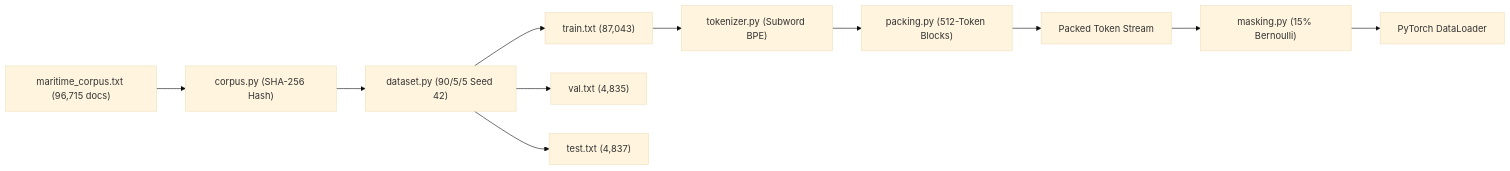
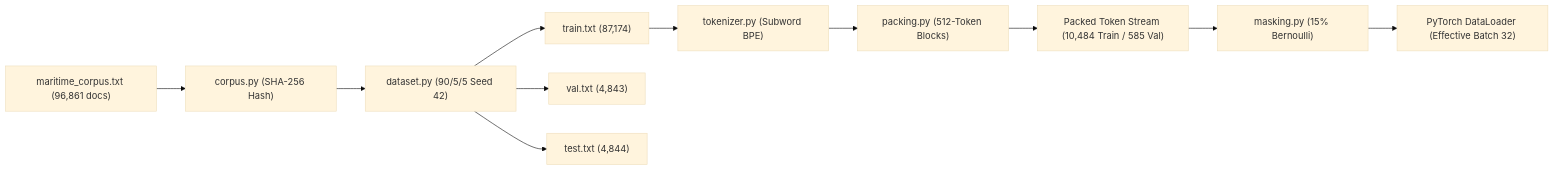
The diagram in diagrams/data_flow.md (AbhishekYadav2207/TSBC-DAPT-ModenBERT), drawn with Mermaid (base theme) before and after one commit. The commit also changed 75 other files, not shown here.

````diff
--- a/diagrams/data_flow.md
+++ b/diagrams/data_flow.md
@@ -3,14 +3,14 @@
 ```mermaid
 flowchart LR
-    RawCorpus["maritime_corpus.txt (96,715 docs)"] --> Ingestion["corpus.py (SHA-256 Hash)"]
+    RawCorpus["maritime_corpus.txt (96,861 docs)"] --> Ingestion["corpus.py (SHA-256 Hash)"]
     Ingestion --> Split["dataset.py (90/5/5 Seed 42)"]
-    Split --> TrainSet["train.txt (87,043)"]
-    Split --> ValSet["val.txt (4,835)"]
-    Split --> TestSet["test.txt (4,837)"]
+    Split --> TrainSet["train.txt (87,174)"]
+    Split --> ValSet["val.txt (4,843)"]
+    Split --> TestSet["test.txt (4,844)"]
     
     TrainSet --> Tokenize["tokenizer.py (Subword BPE)"]
     Tokenize --> Pack["packing.py (512-Token Blocks)"]
-    Pack --> Stream["Packed Token Stream"]
+    Pack --> Stream["Packed Token Stream (10,484 Train / 585 Val)"]
     Stream --> Mask["masking.py (15% Bernoulli)"]
-    Mask --> ModelInput["PyTorch DataLoader"]
+    Mask --> ModelInput["PyTorch DataLoader (Effective Batch 32)"]
 ```
````
